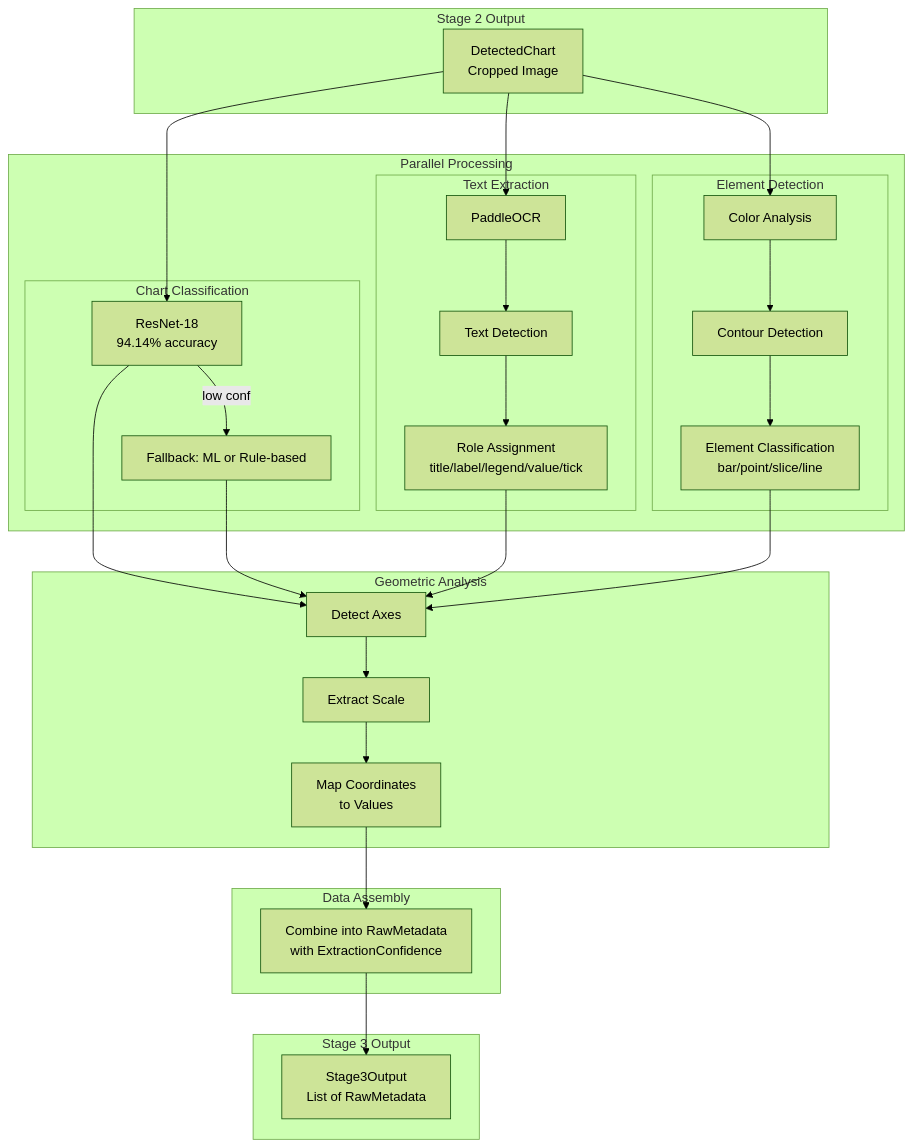
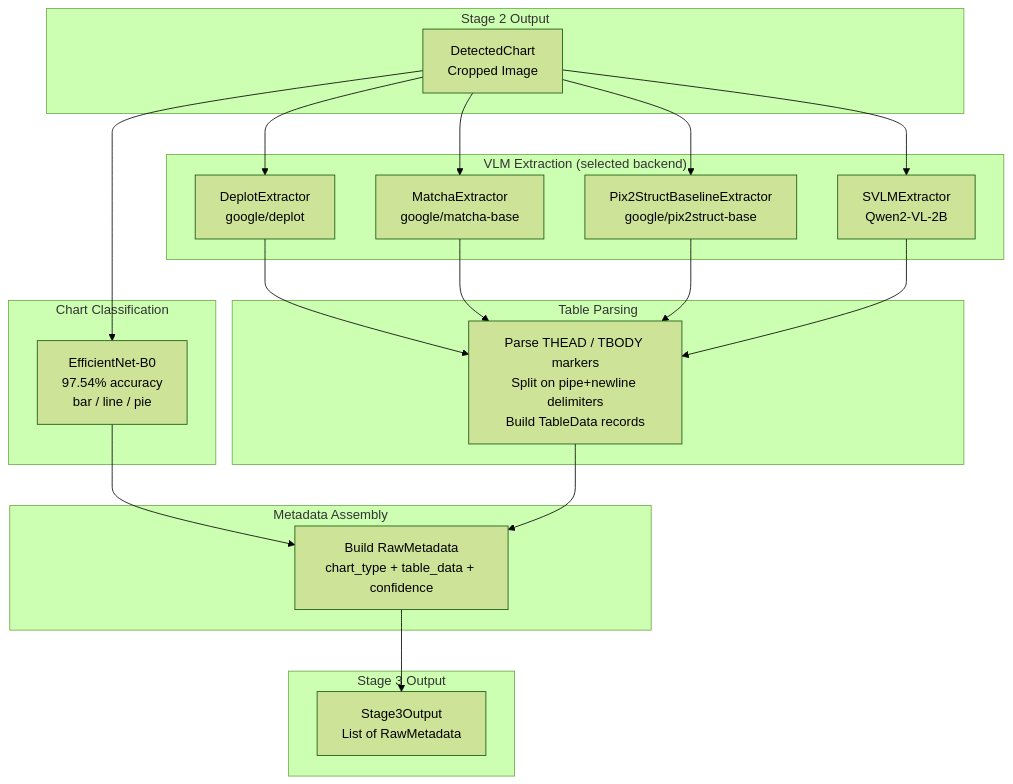
Before and after one commit to thatlq1812/chart_analysis_ai_v3: the fifth of 10 diagrams in docs/architecture/PIPELINE_FLOW.md, drawn with Mermaid (forest theme). The commit also changed other lines of this file and 50 other files, not shown here.

First line of the commit message:
feat: Add unified benchmark runner and chart extraction backends

````diff
--- a/docs/architecture/PIPELINE_FLOW.md
+++ b/docs/architecture/PIPELINE_FLOW.md
@@ -265,51 +260,43 @@
 ```mermaid
 flowchart TD
     subgraph Input["Stage 2 Output"]
         A[DetectedChart\nCropped Image]
     end
 
-    subgraph Parallel["Parallel Processing"]
-        subgraph Classification["Chart Classification"]
-            B1[ResNet-18\n94.14% accuracy]
-            B2[Fallback: ML or Rule-based]
-        end
-
-        subgraph OCR["Text Extraction"]
-            C1[PaddleOCR]
-            C2[Text Detection]
-            C3[Role Assignment\ntitle/label/legend/value/tick]
-        end
-
-        subgraph Elements["Element Detection"]
-            D1[Color Analysis]
-            D2[Contour Detection]
-            D3[Element Classification\nbar/point/slice/line]
-        end
+    subgraph Classification["Chart Classification"]
+        B[EfficientNet-B0\n97.54% accuracy\nbar / line / pie]
     end
 
-    subgraph Geometric["Geometric Analysis"]
-        E1[Detect Axes]
-        E2[Extract Scale]
-        E3[Map Coordinates\nto Values]
+    subgraph VLMExtraction["VLM Extraction (selected backend)"]
+        C1[DeplotExtractor\ngoogle/deplot]
+        C2[MatchaExtractor\ngoogle/matcha-base]
+        C3[Pix2StructBaselineExtractor\ngoogle/pix2struct-base]
+        C4[SVLMExtractor\nQwen2-VL-2B]
     end
 
-    subgraph Assembly["Data Assembly"]
-        F[Combine into RawMetadata\nwith ExtractionConfidence]
+    subgraph Parsing["Table Parsing"]
+        D[Parse THEAD / TBODY markers\nSplit on pipe+newline delimiters\nBuild TableData records]
+    end
+
+    subgraph Assembly["Metadata Assembly"]
+        E[Build RawMetadata\nchart_type + table_data + confidence]
     end
 
     subgraph Output["Stage 3 Output"]
-        G[Stage3Output\nList of RawMetadata]
+        F[Stage3Output\nList of RawMetadata]
     end
 
-    A --> B1
-    B1 -->|low conf| B2
-    A --> C1 --> C2 --> C3
-    A --> D1 --> D2 --> D3
+    A --> B
+    A --> C1
+    A --> C2
+    A --> C3
+    A --> C4
 
-    B1 --> E1
-    B2 --> E1
-    C3 --> E1
-    D3 --> E1
+    B --> E
+    C1 --> D
+    C2 --> D
+    C3 --> D
+    C4 --> D
 
-    E1 --> E2 --> E3 --> F --> G
+    D --> E --> F
 ```
````
